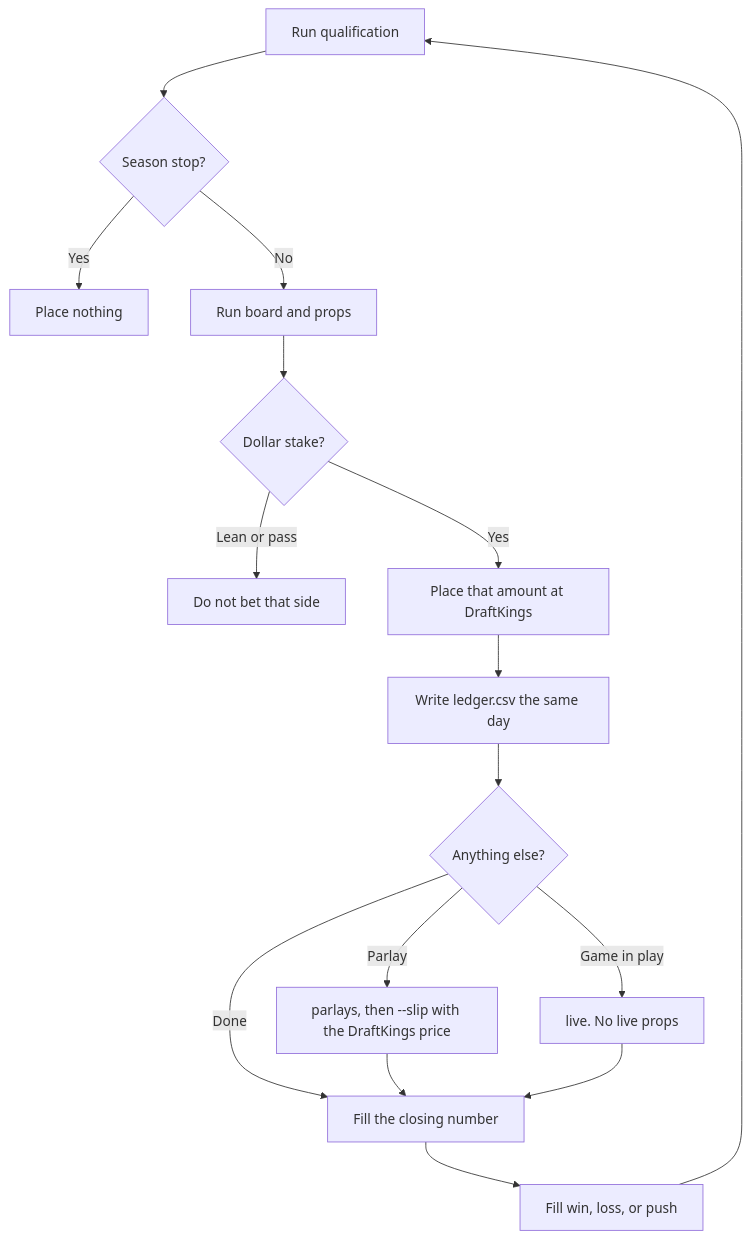
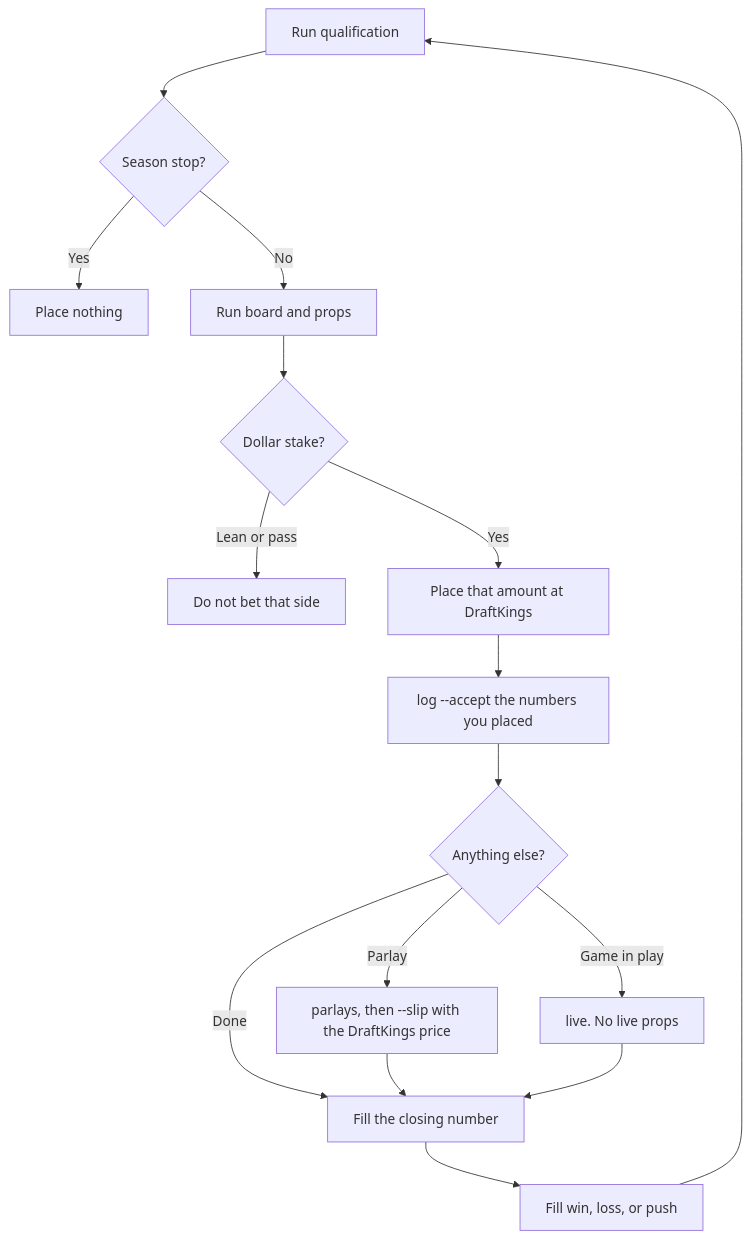
The diagram in README.md (cianfrocco4/nfl-model), drawn with Mermaid before and after one commit. The commit also changed other lines of this file and 9 other files, not shown here.

First line of the commit message:
Log accepted stakes into the ledger.

````diff
--- a/README.md
+++ b/README.md
@@ -50,19 +52,19 @@
 ```mermaid
 flowchart TD
   qual[Run qualification]
   qual --> stop{Season stop?}
   stop -->|Yes| none[Place nothing]
   stop -->|No| read[Run board and props]
   read --> stake{Dollar stake?}
   stake -->|Lean or pass| skip[Do not bet that side]
   stake -->|Yes| place[Place that amount at DraftKings]
-  place --> log[Write ledger.csv the same day]
+  place --> log["log --accept the numbers you placed"]
   log --> extra{Anything else?}
   extra -->|Parlay| slip[parlays, then --slip with the DraftKings price]
   extra -->|Game in play| live[live. No live props]
   extra -->|Done| close[Fill the closing number]
   slip --> close
   live --> close
   close --> result[Fill win, loss, or push]
   result --> qual
 ```
````
